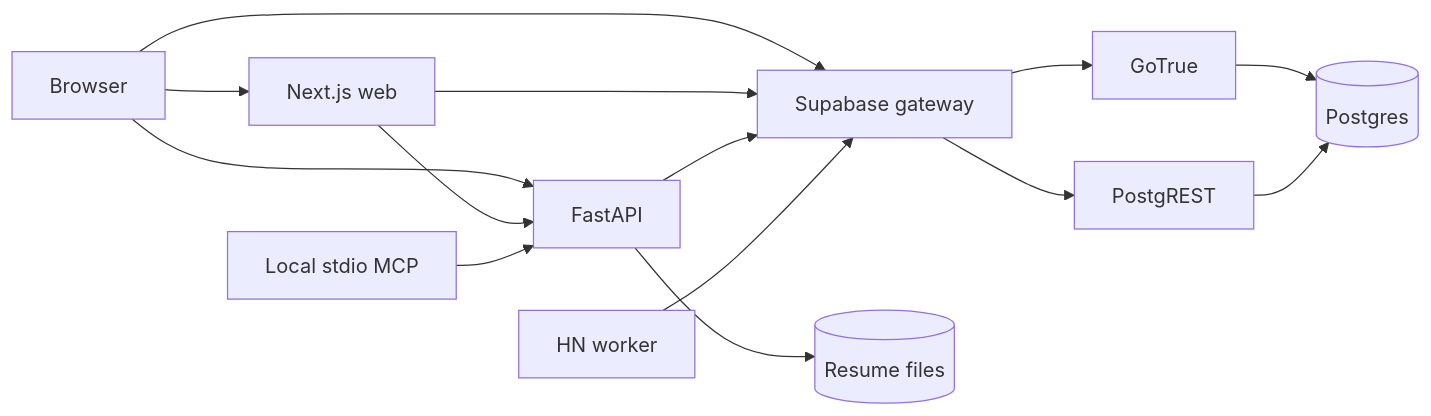
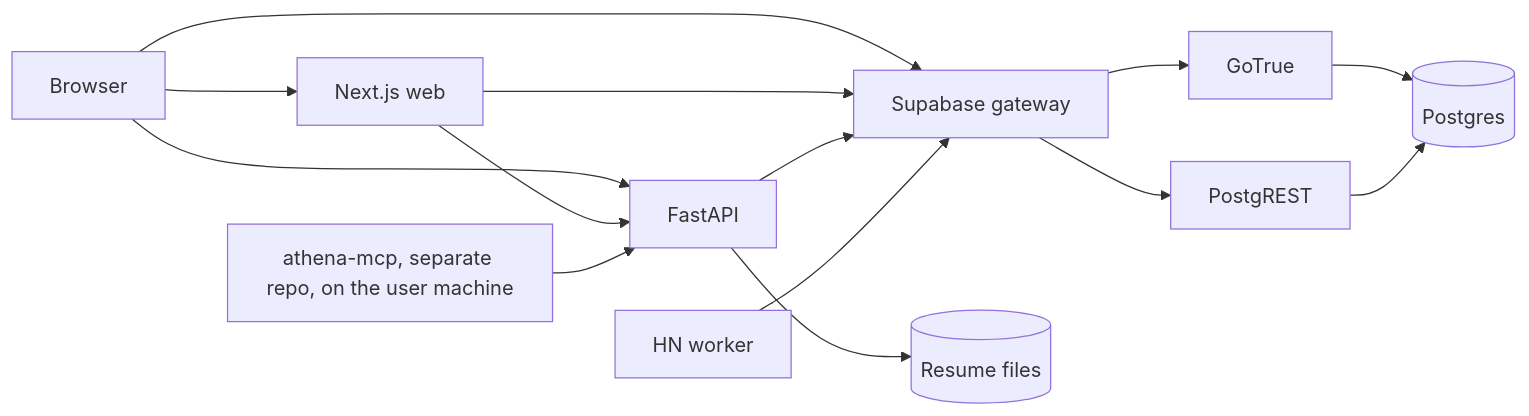
One commit to eksubin/athena-mcp changed the diagram in obsidian/Architecture.md. Above: the diagram before and after it, drawn with Mermaid. The commit also changed other lines of this file and 18 other files, not shown here.

````diff
--- a/obsidian/Architecture.md
+++ b/obsidian/Architecture.md
@@ -5,16 +5,16 @@
 ```mermaid
 flowchart LR
  Browser --> Web[Next.js web]
  Browser --> API[FastAPI]
  Web --> API
  Browser --> Gateway[Supabase gateway]
  Web --> Gateway
- MCP[Local stdio MCP] --> API
+ MCP[athena-mcp, separate repo, on the user machine] --> API
  API --> Gateway
  Worker[HN worker] --> Gateway
  Gateway --> Auth[GoTrue]
  Gateway --> REST[PostgREST]
  Auth --> DB[(Postgres)]
  REST --> DB
  API --> Files[(Resume files)]
 ```
````
